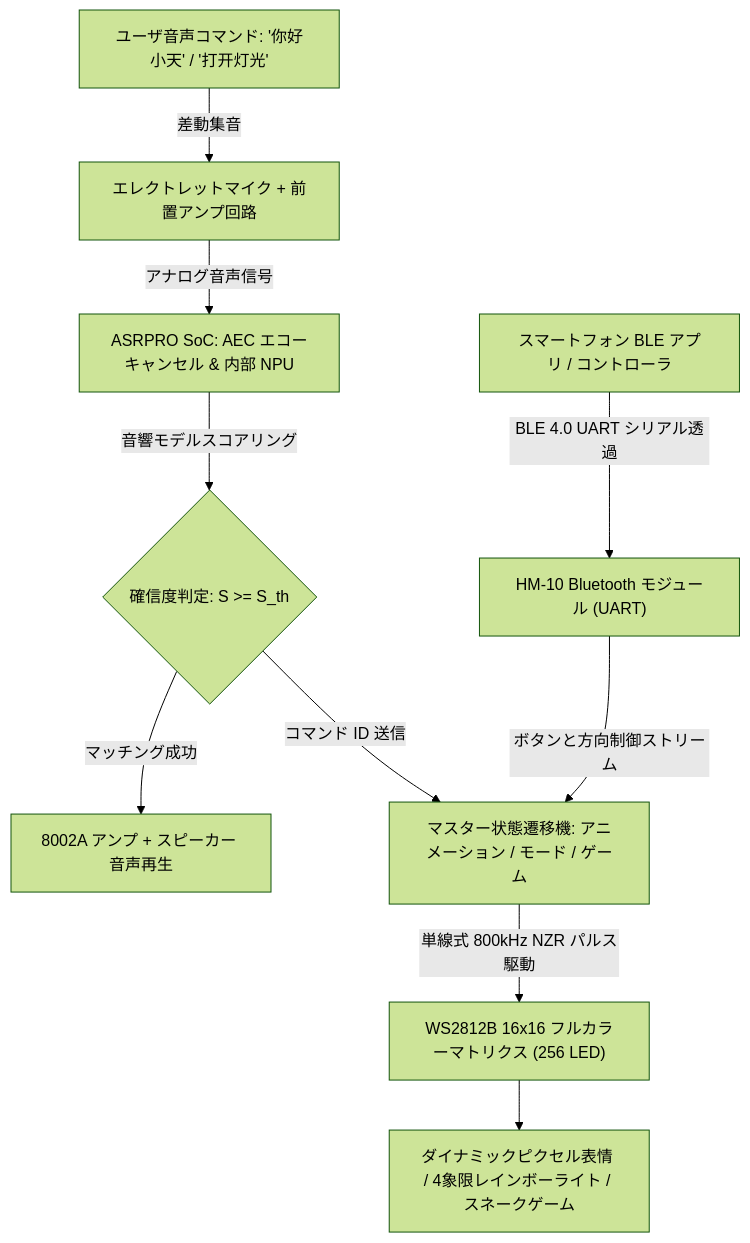
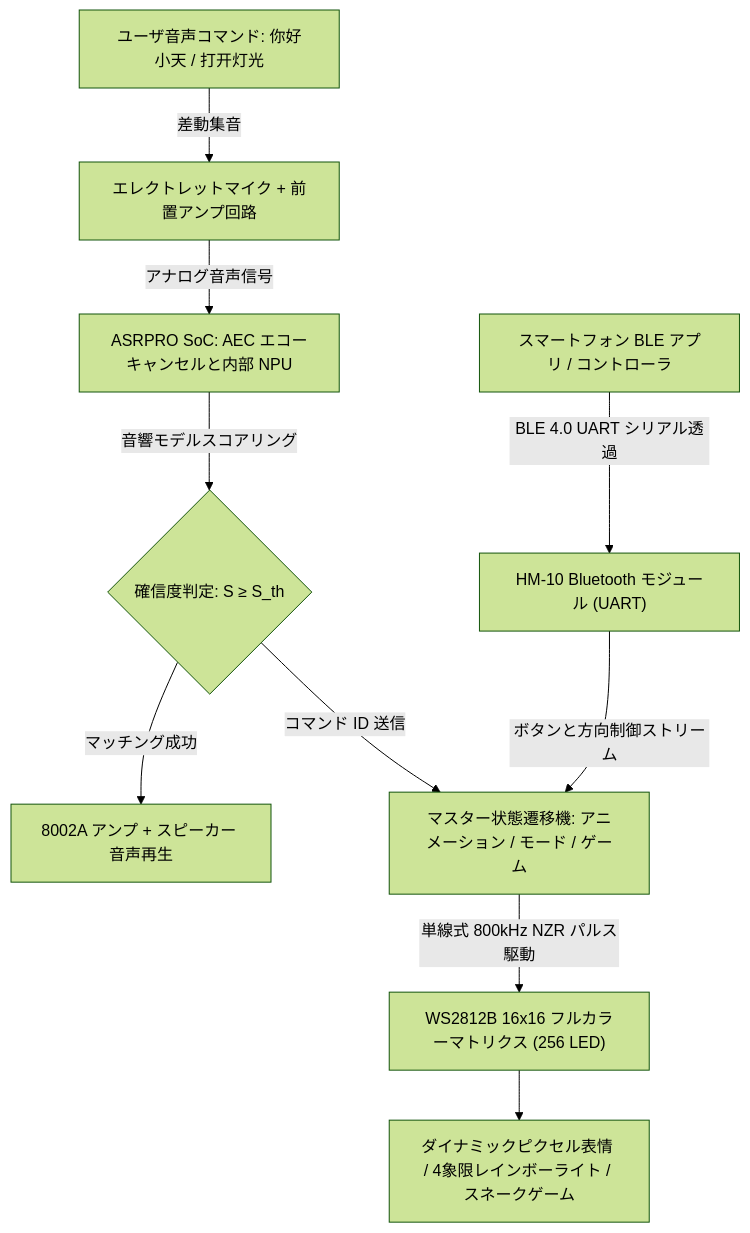
Before and after one commit to DongFengPo1412/Intelligent-Lighting-Control-System-Basic: the diagram in README_JA.md, drawn with Mermaid (forest theme). The commit also changed other lines of this file and 2 other files, not shown here.

Commit message:
docs: optimize math formulas and mermaid diagrams for GitHub KaTeX and Markdown compatibility

````diff
--- a/README_JA.md
+++ b/README_JA.md
@@ -60,12 +60,12 @@
 ```mermaid
 flowchart TD
-    A["ユーザ音声コマンド: '你好小天' / '打开灯光'"] -->|差動集音| B["エレクトレットマイク + 前置アンプ回路"]
-    B -->|アナログ音声信号| C["ASRPRO SoC: AEC エコーキャンセル & 内部 NPU"]
-    C -->|音響モデルスコアリング| D{"確信度判定: S >= S_th"}
+    A["ユーザ音声コマンド: 你好小天 / 打开灯光"] -->|差動集音| B["エレクトレットマイク + 前置アンプ回路"]
+    B -->|アナログ音声信号| C["ASRPRO SoC: AEC エコーキャンセルと内部 NPU"]
+    C -->|音響モデルスコアリング| D{"確信度判定: S ≥ S_th"}
     D -->|マッチング成功| E["8002A アンプ + スピーカー 音声再生"]
     D -->|コマンド ID 送信| F["マスター状態遷移機: アニメーション / モード / ゲーム"]
     G["スマートフォン BLE アプリ / コントローラ"] -->|BLE 4.0 UART シリアル透過| H["HM-10 Bluetooth モジュール (UART)"]
     H -->|ボタンと方向制御ストリーム| F
     F -->|単線式 800kHz NZR パルス駆動| I["WS2812B 16x16 フルカラーマトリクス (256 LED)"]
     I --> J["ダイナミックピクセル表情 / 4象限レインボーライト / スネークゲーム"]
 ```
````
